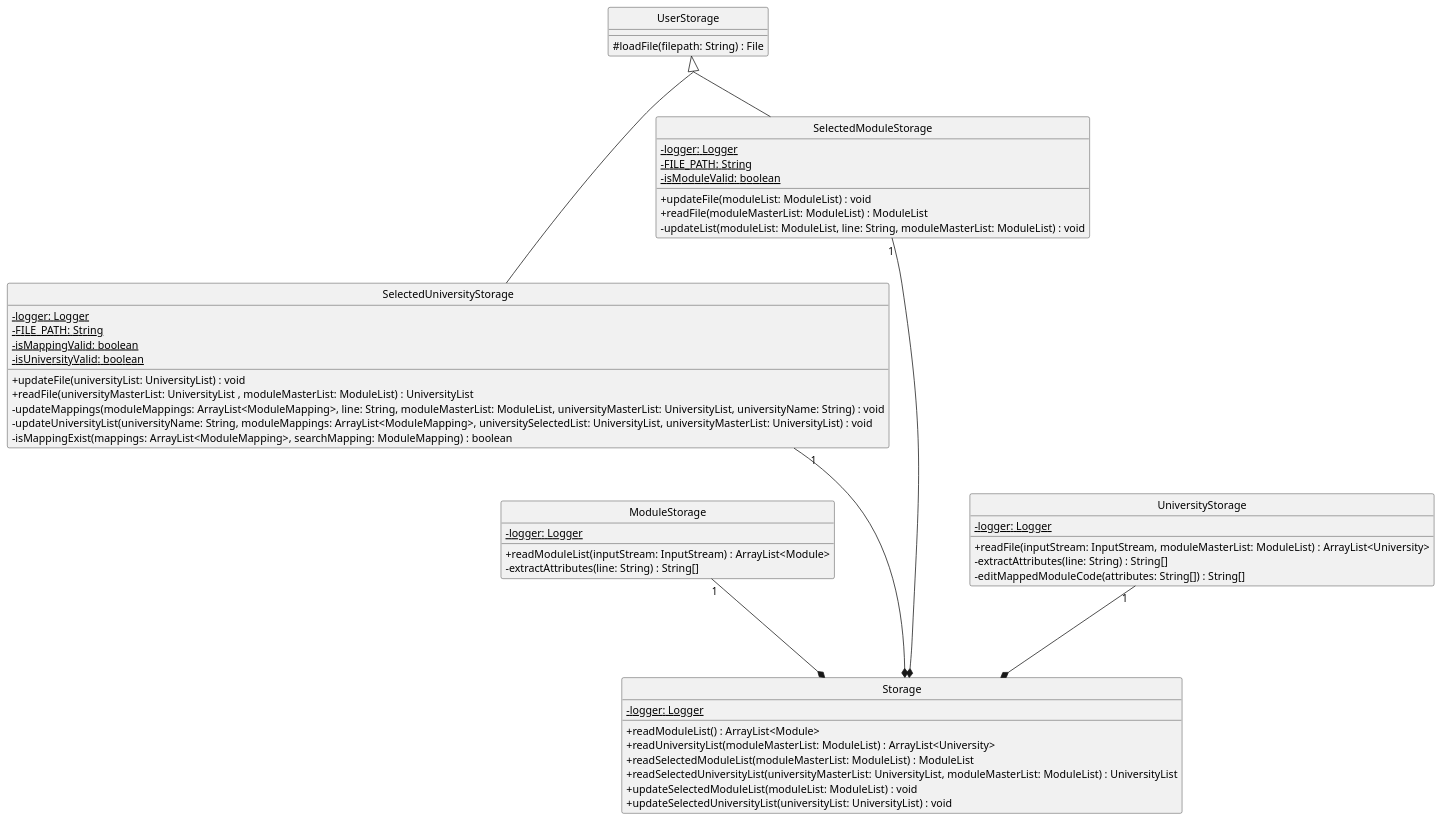
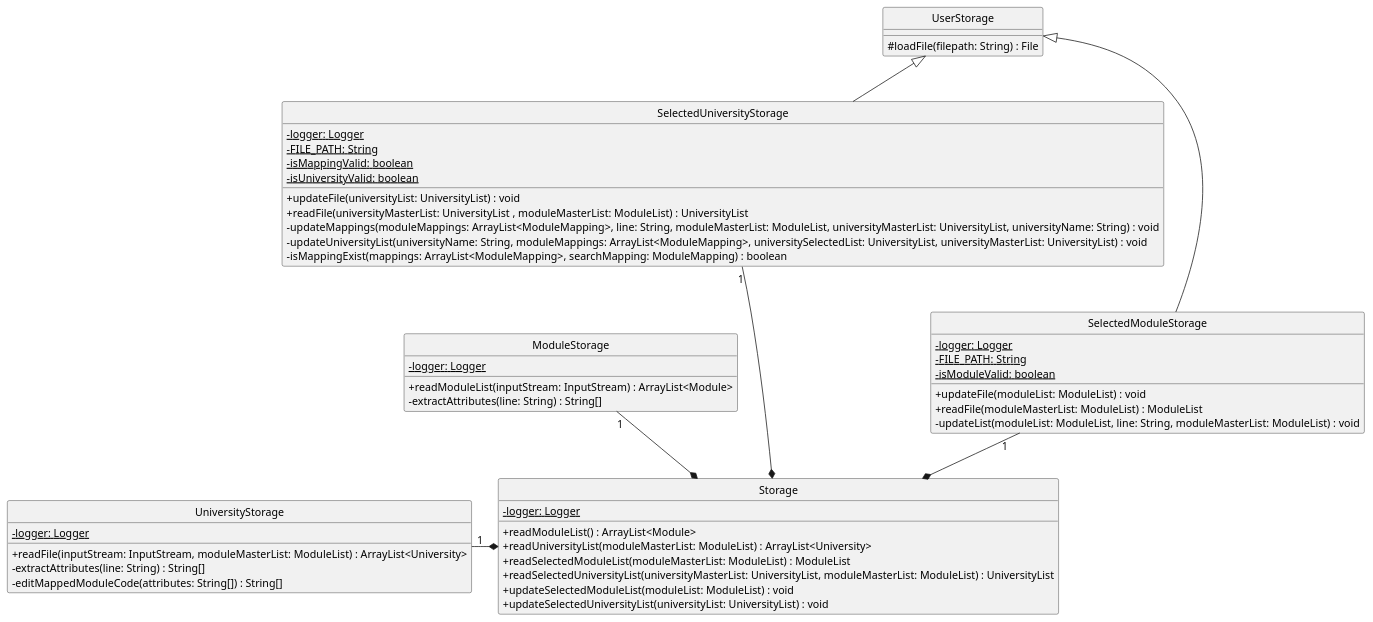
The diagram in docs/umls/storage.puml (nus-cs2113-AY2122S1/tp), drawn with PlantUML before and after one commit. The commit also changed 1 other file, not shown here.

```diff
--- a/docs/umls/storage.puml
+++ b/docs/umls/storage.puml
@@ -1,54 +1,53 @@
 @startuml
 hide circle
 skinparam classAttributeIconSize 0
-skinparam groupInheritance 2
+skinparam groupInheritance 1
 skinparam maxLength 128
-skinparam classFontSize 14
 
 class Storage {
     - {static} logger: Logger
     + readModuleList() : ArrayList<Module>
     + readUniversityList(moduleMasterList: ModuleList) : ArrayList<University>
     + readSelectedModuleList(moduleMasterList: ModuleList) : ModuleList
     + readSelectedUniversityList(universityMasterList: UniversityList, moduleMasterList: ModuleList) : UniversityList
     + updateSelectedModuleList(moduleList: ModuleList) : void
     + updateSelectedUniversityList(universityList: UniversityList) : void
 }
 
-ModuleStorage "1" ---* Storage
+ModuleStorage "1" --* Storage
     ModuleStorage : - {static} logger: Logger
     ModuleStorage : + readModuleList(inputStream: InputStream) : ArrayList<Module>
     ModuleStorage : - extractAttributes(line: String) : String[]
 
 UserStorage <|-- SelectedUniversityStorage
-SelectedUniversityStorage "1" ----* Storage
+SelectedUniversityStorage "1" ---* Storage
     SelectedUniversityStorage : - {static} logger: Logger
     SelectedUniversityStorage : - {static} FILE_PATH: String
     SelectedUniversityStorage : - {static} isMappingValid: boolean
     SelectedUniversityStorage : - {static} isUniversityValid: boolean
     SelectedUniversityStorage : + updateFile(universityList: UniversityList) : void
     SelectedUniversityStorage : + readFile(universityMasterList: UniversityList , moduleMasterList: ModuleList) : UniversityList
     SelectedUniversityStorage : - updateMappings(moduleMappings: ArrayList<ModuleMapping>, line: String, moduleMasterList: ModuleList, universityMasterList: UniversityList, universityName: String) : void
     SelectedUniversityStorage : - updateUniversityList(universityName: String, moduleMappings: ArrayList<ModuleMapping>, universitySelectedList: UniversityList, universityMasterList: UniversityList) : void
     SelectedUniversityStorage : - isMappingExist(mappings: ArrayList<ModuleMapping>, searchMapping: ModuleMapping) : boolean
 
 UserStorage <|-- SelectedModuleStorage
-SelectedModuleStorage "1" -----* Storage
+SelectedModuleStorage "1" --* Storage
      SelectedModuleStorage : - {static} logger: Logger
      SelectedModuleStorage : - {static} FILE_PATH: String
      SelectedModuleStorage : - {static} isModuleValid: boolean
      SelectedModuleStorage : + updateFile(moduleList: ModuleList) : void
      SelectedModuleStorage : + readFile(moduleMasterList: ModuleList) : ModuleList
      SelectedModuleStorage : - updateList(moduleList: ModuleList, line: String, moduleMasterList: ModuleList) : void
 
-UniversityStorage "1" ---* Storage
+UniversityStorage "1" -* Storage
     UniversityStorage : - {static} logger: Logger
     UniversityStorage : + readFile(inputStream: InputStream, moduleMasterList: ModuleList) : ArrayList<University>
     UniversityStorage : - extractAttributes(line: String) : String[]
     UniversityStorage : - editMappedModuleCode(attributes: String[]) : String[]
 
 class UserStorage {
     # loadFile(filepath: String) : File
 }
 
 @enduml
```
